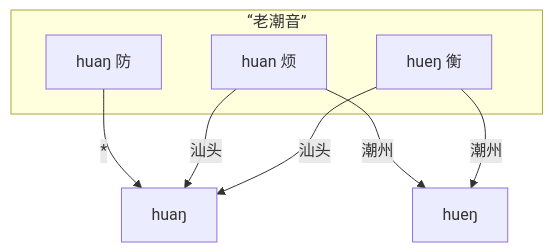
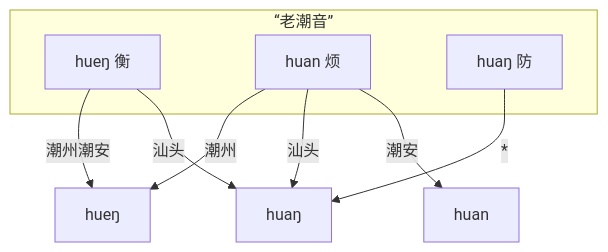
One commit to pujdict/pujdict changed the first of 2 diagrams in src/doc/puj.md. Above: the diagram before and after it, drawn with Mermaid. The commit also changed other lines of this file and 7 other files, not shown here.

````diff
--- a/src/doc/puj.md
+++ b/src/doc/puj.md
@@ -34,13 +34,15 @@
 ```mermaid
 flowchart
     subgraph "“老潮音”"
         hueng0["hueŋ 衡"];
         huan0["huan 烦"];
         huang0["huaŋ 防"];
     end
     huang1[huaŋ]
+    huan1[huan]
     hueng1[hueŋ]
-    hueng0 -->|汕头| huang1; hueng0 -->|潮州| hueng1;
+    huan0 -->|潮安| huan1;
+    hueng0 -->|汕头| huang1; hueng0 -->|潮州潮安| hueng1;
     huan0 -->|汕头| huang1; huan0 -->|潮州| hueng1;
     huang0 -->|*| huang1;
 ```
````
